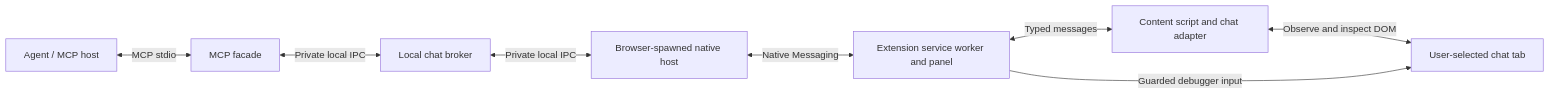
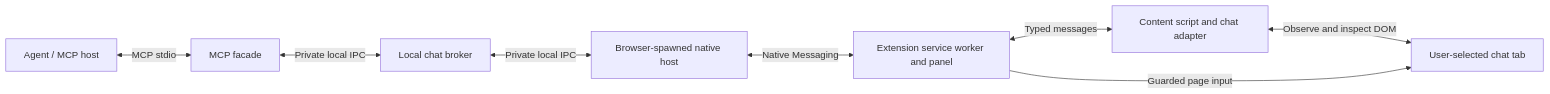
Before and after one commit to venim1103/agent-messaging-mcp: the diagram in DESIGN.md, drawn with Mermaid. The commit also changed other lines of this file and 10 other files, not shown here.

Commit message:
refactor: remove legacy debugger input probes

````diff
--- a/DESIGN.md
+++ b/DESIGN.md
@@ -115,10 +115,10 @@
 ```mermaid
 flowchart LR
     Agent[Agent / MCP host] <-->|MCP stdio| Facade[MCP facade]
     Facade <-->|Private local IPC| Broker[Local chat broker]
     Broker <-->|Private local IPC| Native[Browser-spawned native host]
     Native <-->|Native Messaging| Extension[Extension service worker and panel]
     Extension <-->|Typed messages| Content[Content script and chat adapter]
     Content <-->|Observe and inspect DOM| Chat[User-selected chat tab]
-    Extension -->|Guarded debugger input| Chat
+    Extension -->|Guarded page input| Chat
 ```
````
